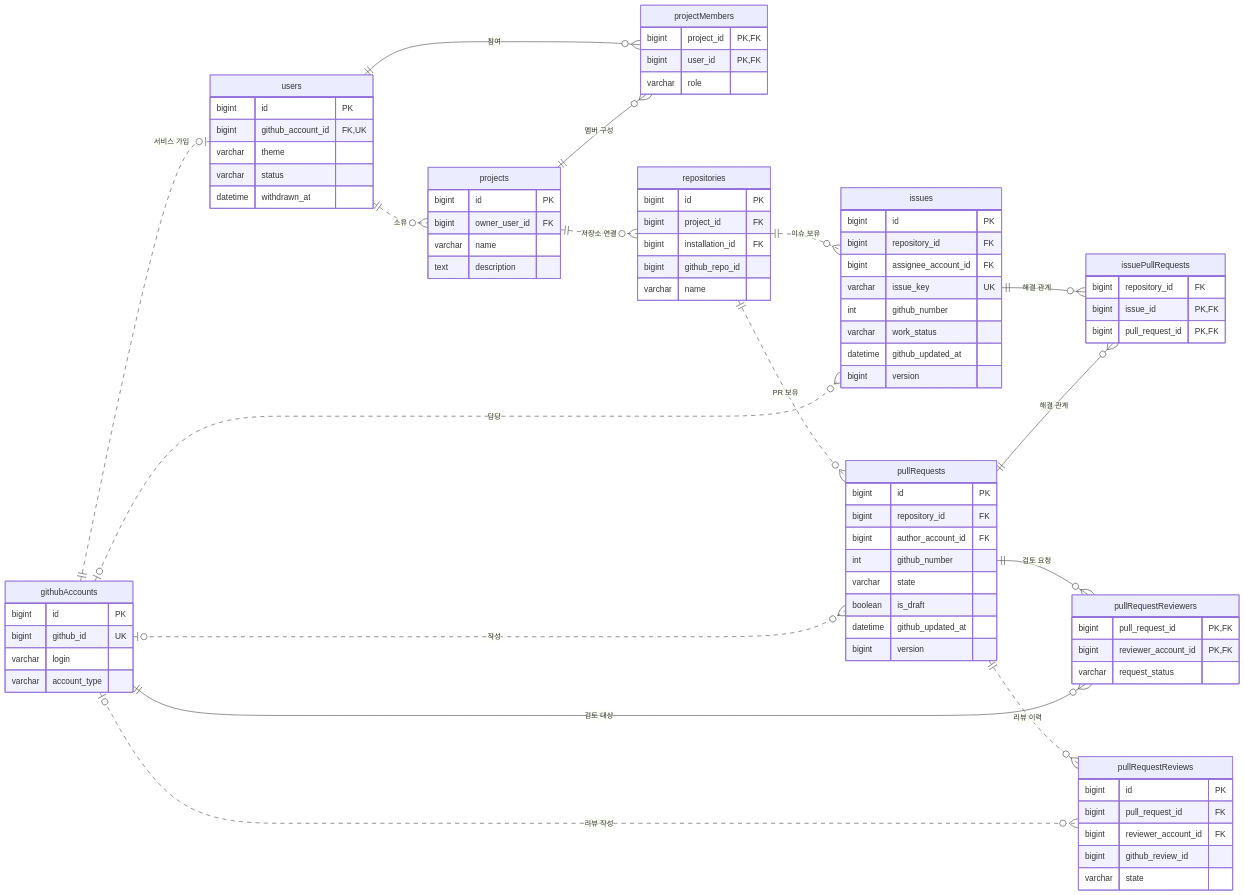
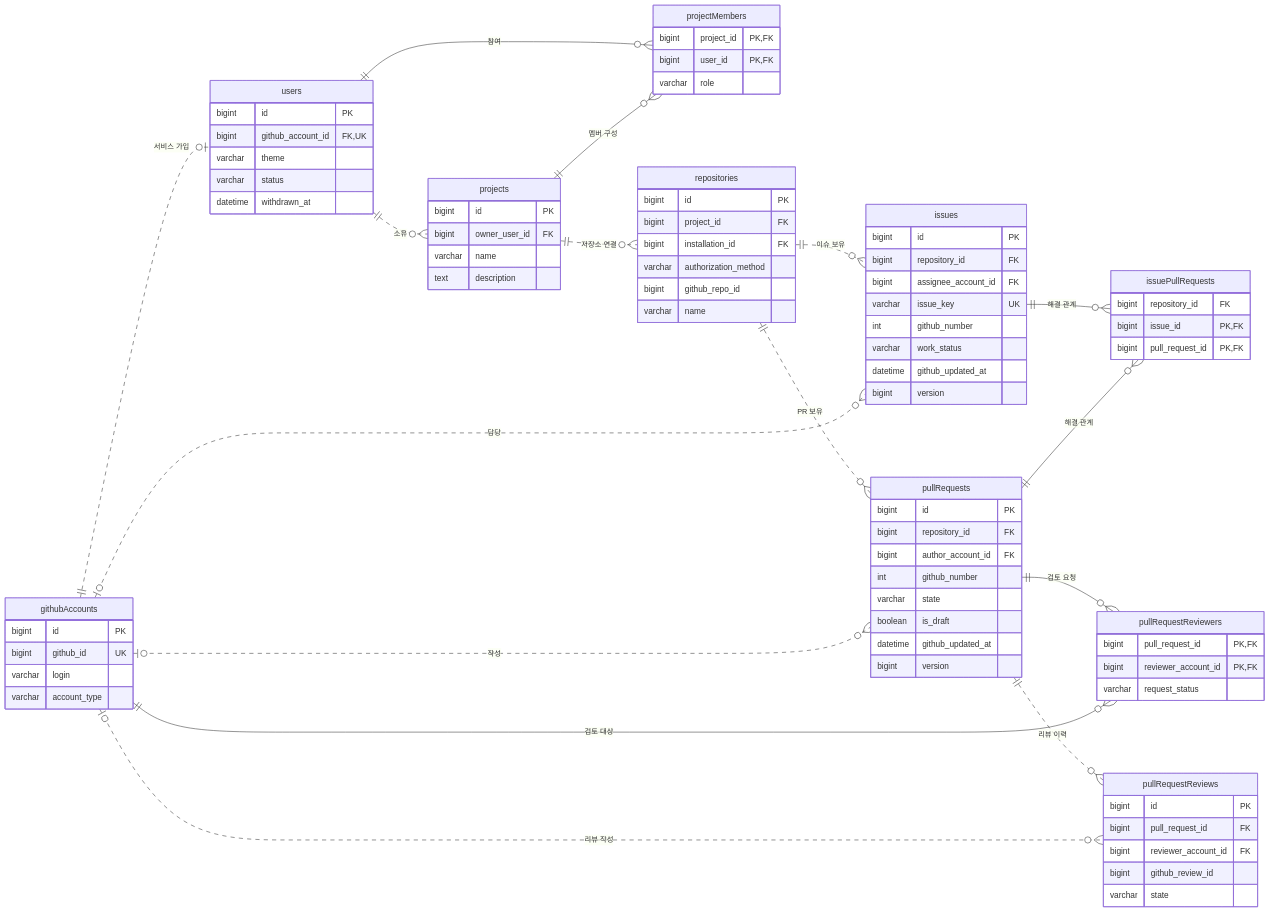
One commit to zel-lo/server changed the first of 3 diagrams in zello/docs/erd.md. Above: the diagram before and after it, drawn with Mermaid. The commit also changed other lines of this file and 9 other files, not shown here.

```diff
--- a/zello/docs/erd.md
+++ b/zello/docs/erd.md
@@ -67,6 +67,7 @@
         bigint id PK
         bigint project_id FK
         bigint installation_id FK
+        varchar authorization_method
         bigint github_repo_id
         varchar name
     }
```
